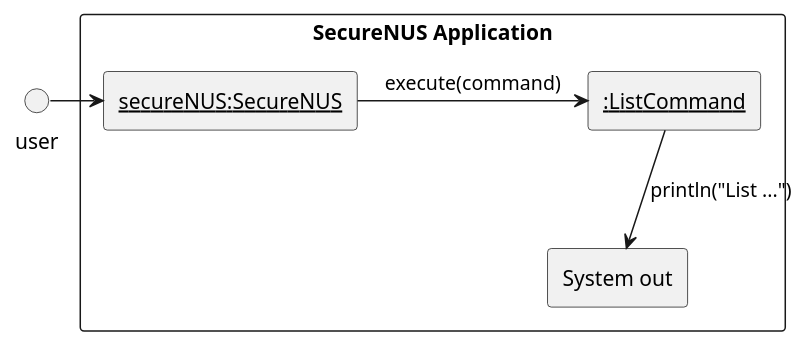
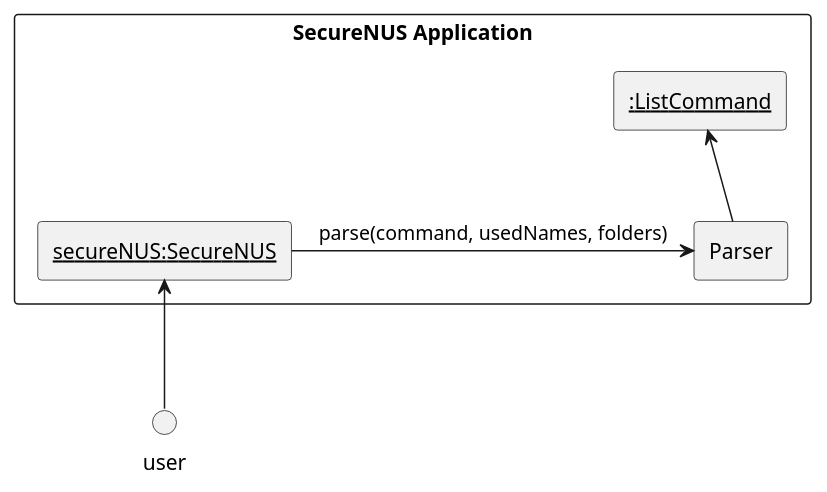
One commit to stevenantya/tp changed the diagram in docs/DGDiagramsCreator/Implementation_List_folderName.puml. Above: the diagram before and after it, drawn with PlantUML. The commit also changed 14 other files, not shown here.

```diff
--- a/docs/DGDiagramsCreator/Implementation_List_folderName.puml
+++ b/docs/DGDiagramsCreator/Implementation_List_folderName.puml
@@ -1,27 +1,27 @@
 @startuml
 'https://plantuml.com/component-diagram
 
 circle "user"
 
 rectangle "SecureNUS Application" {
     rectangle "<u>secureNUS:SecureNUS"
-    "user" -r-> "<u>secureNUS:SecureNUS"
-'    rectangle "<u>:Parser"
-'    "<u>secureNUS:SecureNUS" -r-> "<u>:Parser" : parse(command, usedNames, folders)
+    "user" -u-> "<u>secureNUS:SecureNUS"
+    rectangle "Parser"
+    "<u>secureNUS:SecureNUS" -r-> "Parser" : parse(command, usedNames, folders)
     rectangle "<u>:ListCommand"
-'    "<u>:Parser" -u-> "<u>:ListCommand"
+    "Parser" -u-> "<u>:ListCommand"
 
-    "<u>secureNUS:SecureNUS" -r-> "<u>:ListCommand":execute(command)
+'    "<u>secureNUS:SecureNUS" -r-> "<u>:ListCommand":execute(command)
 '    rectangle "<u>basicPasswordData:BasicPassword"
 '    "<u>:ListCommand" -u-> "<u>basicPasswordData:BasicPassword"
 ''
 '    rectangle "<u>secureNUSData:SecretMaster"
 '    "<u>:ListCommand" -d-> "<u>secureNUSData:SecretMaster": listSecrets(folderName)
 '    "<u>:ListCommand" -d-> "<u>secureNUSData:SecretMaster": getSecretTypeInfo(secret)
-'    rectangle "<u>:Backend"
-'    "<u>secureNUS:SecureNUS" -r-> "<u>:Backend": updateStorage(ArrayList<Secret>)
-    rectangle "System out"
-    "<u>:ListCommand" -d-> "System out":println("List ...")
+'    rectangle "Backend"
+'    "<u>secureNUS:SecureNUS" -r-> "Backend": updateStorage(ArrayList<Secret>)
+'    rectangle "System out"
+'    "<u>:ListCommand" -d-> "System out":println("List ...")
 }
 
 @enduml
```
